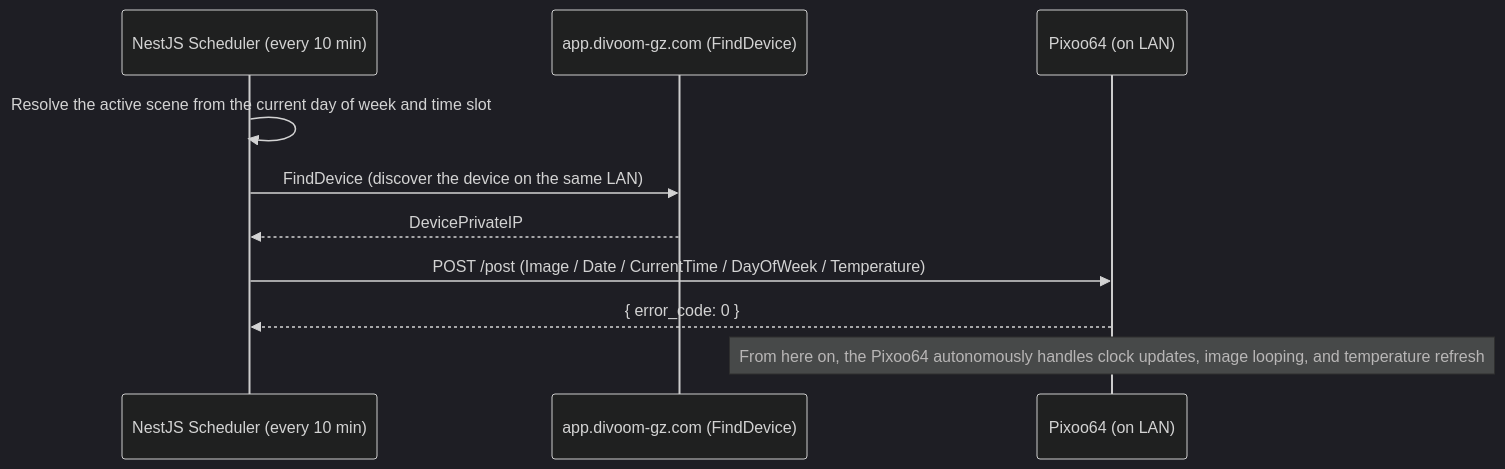
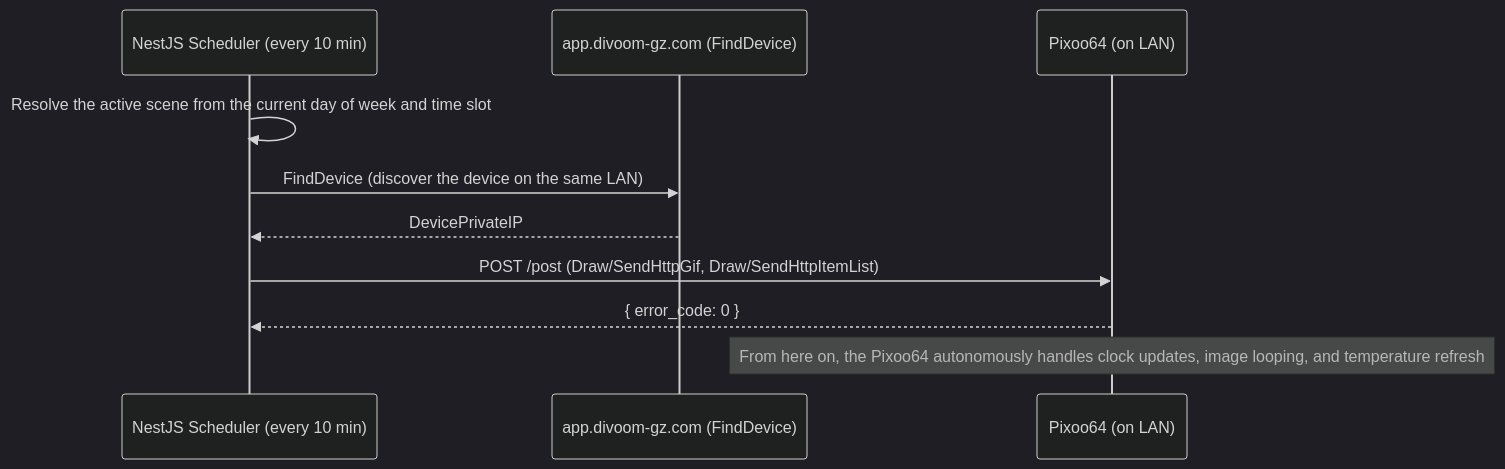
The first of 2 diagrams in README.md (leon0128/PixooController_v2), drawn with Mermaid (dark theme) before and after one commit. The commit also changed other lines of this file and 46 other files, not shown here.

````diff
--- a/README.md
+++ b/README.md
@@ -45,13 +59,13 @@
 ```mermaid
 sequenceDiagram
     participant Scheduler as NestJS Scheduler (every 10 min)
     participant Divoom as app.divoom-gz.com (FindDevice)
     participant Pixoo as Pixoo64 (on LAN)
 
     Scheduler->>Scheduler: Resolve the active scene from the current day of week and time slot
     Scheduler->>Divoom: FindDevice (discover the device on the same LAN)
     Divoom-->>Scheduler: DevicePrivateIP
-    Scheduler->>Pixoo: POST /post (Image / Date / CurrentTime / DayOfWeek / Temperature)
+    Scheduler->>Pixoo: POST /post (Draw/SendHttpGif, Draw/SendHttpItemList)
     Pixoo-->>Scheduler: { error_code: 0 }
     Note over Pixoo: From here on, the Pixoo64 autonomously handles clock updates, image looping, and temperature refresh
 ```
````
